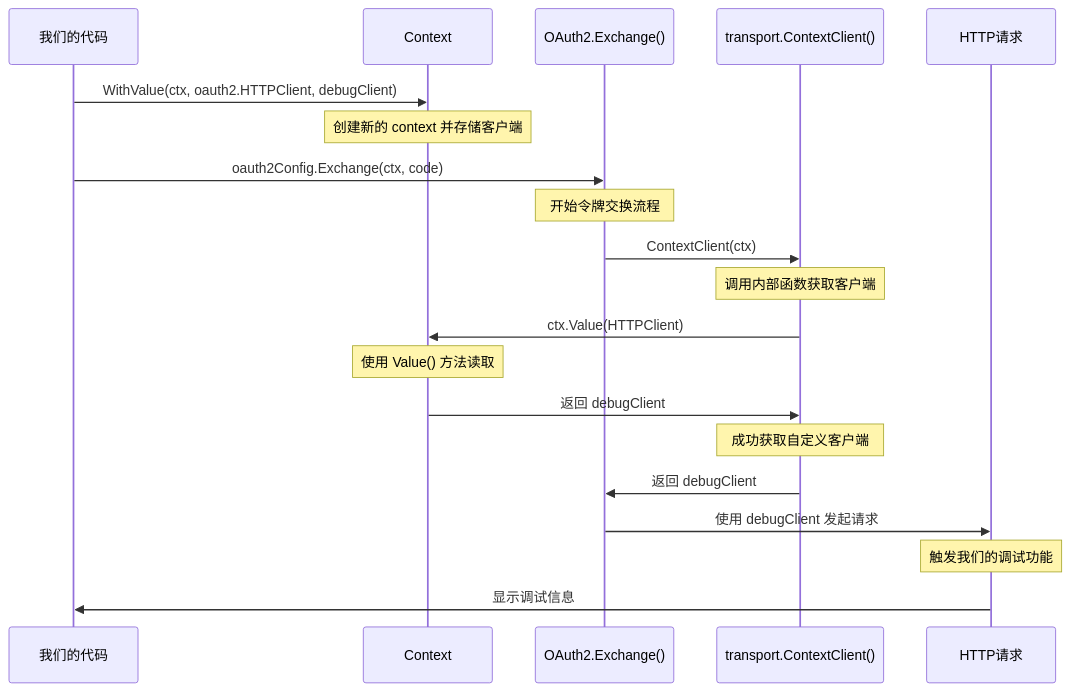
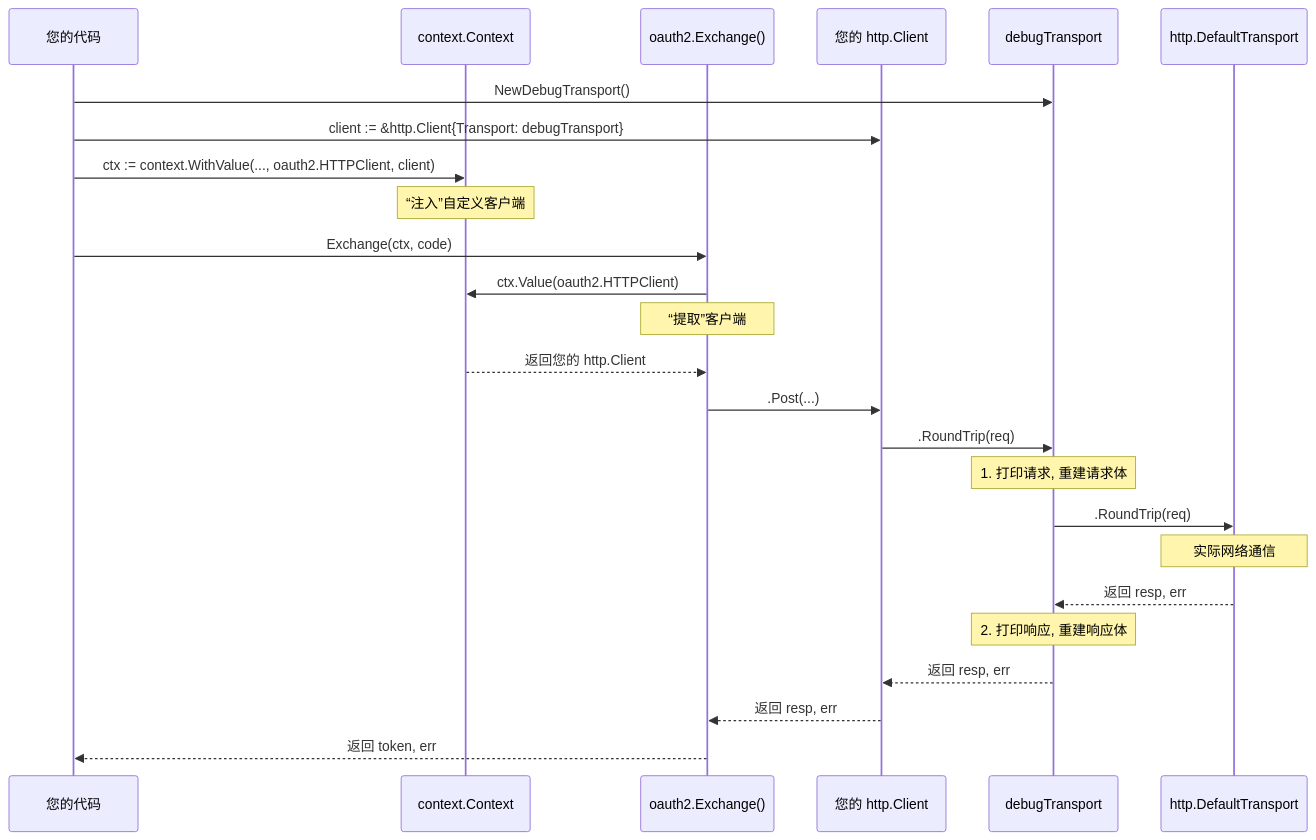
Before and after one commit to n-WN/oidc-demo-project: the third of 3 diagrams in oidc-client-demo/README_zh.md, drawn with Mermaid. The commit also changed other lines of this file and 1 other file, not shown here.

````diff
--- a/oidc-client-demo/README_zh.md
+++ b/oidc-client-demo/README_zh.md
@@ -225,29 +208,35 @@
 ```mermaid
 sequenceDiagram
-    participant UserCode as 我们的代码
-    participant Context as Context
-    participant OAuth2 as OAuth2.Exchange()
-    participant Transport as transport.ContextClient()
-    participant HTTP as HTTP请求
+    participant UserCode as 您的代码
+    participant Context as context.Context
+    participant OAuth2Lib as oauth2.Exchange()
+    participant YourClient as 您的 http.Client
+    participant DebugTransport as debugTransport
+    participant DefaultTransport as http.DefaultTransport
+
+    UserCode->>DebugTransport: NewDebugTransport()
+    UserCode->>YourClient: client := &http.Client{Transport: debugTransport}
+    UserCode->>Context: ctx := context.WithValue(..., oauth2.HTTPClient, client)
+    Note over Context: “注入”自定义客户端
     
-    UserCode->>Context: WithValue(ctx, oauth2.HTTPClient, debugClient)
-    Note over Context: 创建新的 context 并存储客户端
+    UserCode->>OAuth2Lib: Exchange(ctx, code)
     
-    UserCode->>OAuth2: oauth2Config.Exchange(ctx, code)
-    Note over OAuth2: 开始令牌交换流程
+    OAuth2Lib->>Context: ctx.Value(oauth2.HTTPClient)
+    Note over OAuth2Lib: “提取”客户端
+    Context-->>OAuth2Lib: 返回您的 http.Client
     
-    OAuth2->>Transport: ContextClient(ctx)
-    Note over Transport: 调用内部函数获取客户端
+    OAuth2Lib->>YourClient: .Post(...)
+    YourClient->>DebugTransport: .RoundTrip(req)
     
-    Transport->>Context: ctx.Value(HTTPClient)
-    Note over Context: 使用 Value() 方法读取
+    Note over DebugTransport: 1. 打印请求, 重建请求体
     
-    Context->>Transport: 返回 debugClient
-    Note over Transport: 成功获取自定义客户端
+    DebugTransport->>DefaultTransport: .RoundTrip(req)
+    Note over DefaultTransport: 实际网络通信
+    DefaultTransport-->>DebugTransport: 返回 resp, err
     
-    Transport->>OAuth2: 返回 debugClient
-    OAuth2->>HTTP: 使用 debugClient 发起请求
-    Note over HTTP: 触发我们的调试功能
+    Note over DebugTransport: 2. 打印响应, 重建响应体
     
-    HTTP->>UserCode: 显示调试信息
+    DebugTransport-->>YourClient: 返回 resp, err
+    YourClient-->>OAuth2Lib: 返回 resp, err
+    OAuth2Lib-->>UserCode: 返回 token, err
 ```
````
